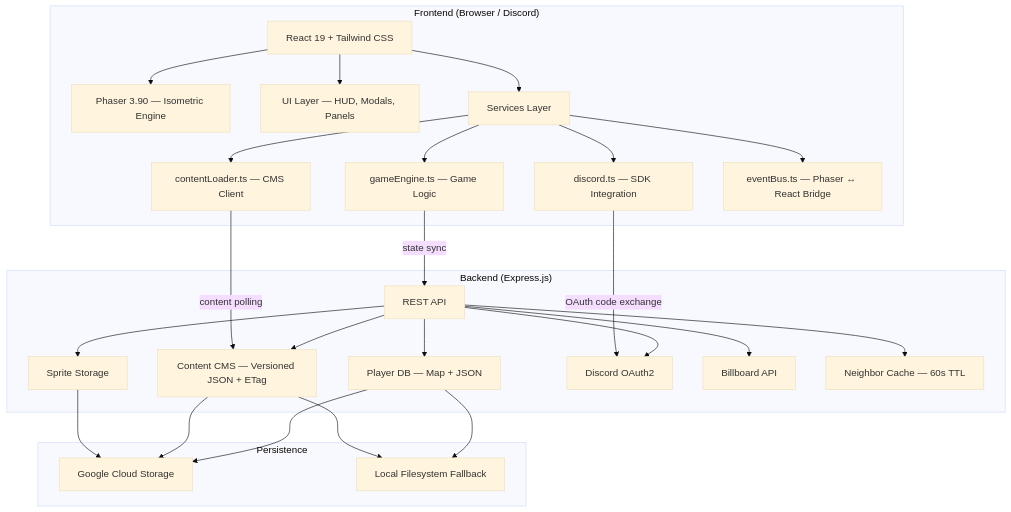
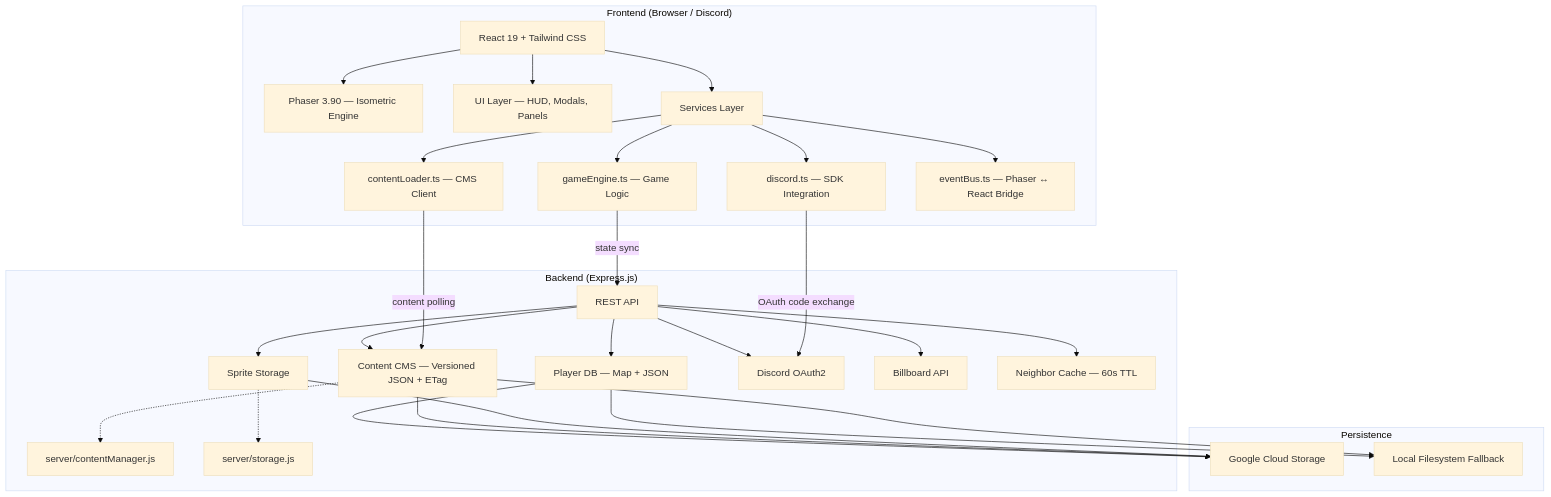
One commit to Le-Who/GEMINI_egg_farm_PROD_READY changed the first of 2 diagrams in README.md. Above: the diagram before and after it, drawn with Mermaid (base theme). The commit also changed other lines of this file and 15 other files, not shown here.

````diff
--- a/README.md
+++ b/README.md
@@ -28,33 +28,35 @@
 ```mermaid
 graph TB
     subgraph Client ["Frontend (Browser / Discord)"]
         A[React 19 + Tailwind CSS] --> B[Phaser 3.90 — Isometric Engine]
         A --> C[UI Layer — HUD, Modals, Panels]
         A --> D[Services Layer]
         D --> D1[gameEngine.ts — Game Logic]
         D --> D2[contentLoader.ts — CMS Client]
         D --> D3[discord.ts — SDK Integration]
         D --> D4[eventBus.ts — Phaser ↔ React Bridge]
     end
 
     subgraph Server ["Backend (Express.js)"]
         E[REST API] --> F[Player DB — Map + JSON]
         E --> G[Content CMS — Versioned JSON + ETag]
         E --> H[Sprite Storage]
         E --> I[Discord OAuth2]
         E --> E1[Billboard API]
         E --> E2[Neighbor Cache — 60s TTL]
+        G -.-> G1[server/contentManager.js]
+        H -.-> H1[server/storage.js]
     end
 
     subgraph Storage ["Persistence"]
         F --> J[Google Cloud Storage]
         G --> J
         H --> J
         F --> K[Local Filesystem Fallback]
         G --> K
     end
 
     D1 -->|state sync| E
     D2 -->|content polling| G
     D3 -->|OAuth code exchange| I
 ```
````
